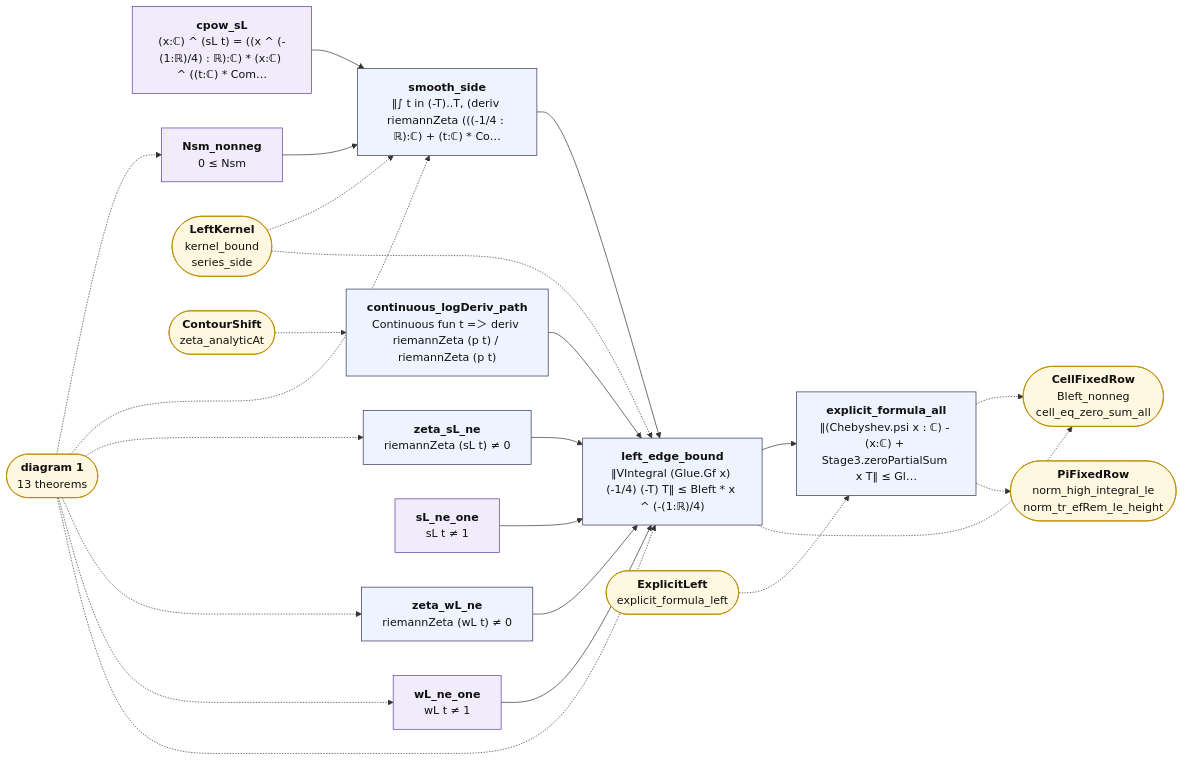
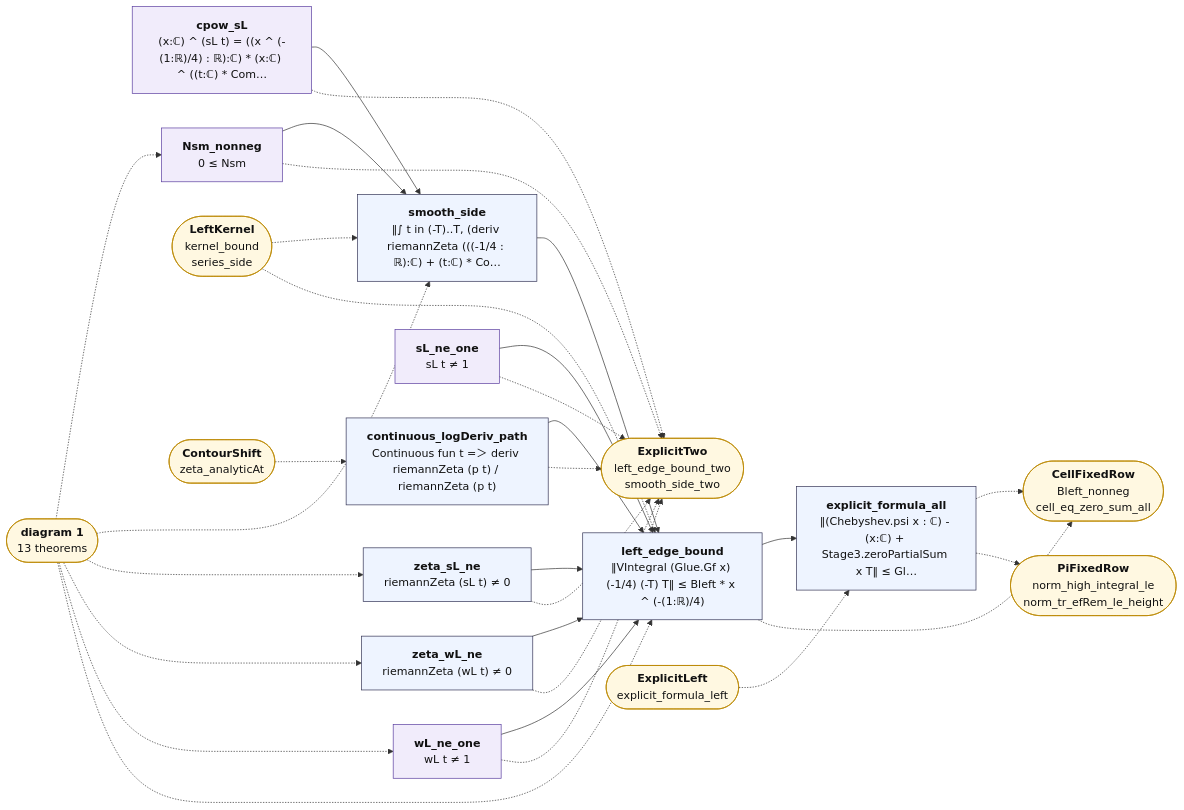
The second of 2 diagrams in map/lean_stage3/LeftSmooth.md (juliansambranojr/Primebeat_081426), drawn with Mermaid before and after one commit. The commit also changed other lines of this file and 43 other files, not shown here.

First line of the commit message:
Block G2: the explicit formula at every height from x = 2 (unit 0464)

````diff
--- a/map/lean_stage3/LeftSmooth.md
+++ b/map/lean_stage3/LeftSmooth.md
@@ -118,49 +131,57 @@
 ```mermaid
 flowchart LR
   n0["<b>cpow_sL</b><br/>(x:ℂ) ^ (sL t) = ((x ^ (-(1:ℝ)/4) : ℝ):ℂ) * (x:ℂ) ^ ((t:ℂ) * Com…"]:::shp
   n1["<b>Nsm_nonneg</b><br/>0 ≤ Nsm"]:::shp
   n2["<b>smooth_side</b><br/>‖∫ t in (-T)..T, (deriv riemannZeta (((-1/4 : ℝ):ℂ) + (t:ℂ) * Co…"]:::thm
   n3["<b>continuous_logDeriv_path</b><br/>Continuous fun t =＞ deriv riemannZeta (p t) / riemannZeta (p t)"]:::thm
   n4["<b>zeta_sL_ne</b><br/>riemannZeta (sL t) ≠ 0"]:::thm
   n5["<b>zeta_wL_ne</b><br/>riemannZeta (wL t) ≠ 0"]:::thm
   n6["<b>sL_ne_one</b><br/>sL t ≠ 1"]:::shp
   n7["<b>wL_ne_one</b><br/>wL t ≠ 1"]:::shp
   n8["<b>left_edge_bound</b><br/>‖VIntegral (Glue.Gf x) (-1/4) (-T) T‖ ≤ Bleft * x ^ (-(1:ℝ)/4)"]:::thm
   n9["<b>explicit_formula_all</b><br/>‖(Chebyshev.psi x : ℂ) - (x:ℂ) + Stage3.zeroPartialSum x T‖ ≤ Gl…"]:::thm
-  x0(["<b>diagram 1</b><br/>13 theorems"]):::ext
-  x1(["<b>LeftKernel</b><br/>kernel_bound<br/>series_side"]):::ext
-  x2(["<b>ContourShift</b><br/>zeta_analyticAt"]):::ext
-  x3(["<b>CellFixedRow</b><br/>Bleft_nonneg<br/>cell_eq_zero_sum_all"]):::ext
-  x4(["<b>ExplicitLeft</b><br/>explicit_formula_left"]):::ext
-  x5(["<b>PiFixedRow</b><br/>norm_high_integral_le<br/>norm_tr_efRem_le_height"]):::ext
+  x0(["<b>ExplicitTwo</b><br/>left_edge_bound_two<br/>smooth_side_two"]):::ext
+  x1(["<b>diagram 1</b><br/>13 theorems"]):::ext
+  x2(["<b>LeftKernel</b><br/>kernel_bound<br/>series_side"]):::ext
+  x3(["<b>ContourShift</b><br/>zeta_analyticAt"]):::ext
+  x4(["<b>CellFixedRow</b><br/>Bleft_nonneg<br/>cell_eq_zero_sum_all"]):::ext
+  x5(["<b>ExplicitLeft</b><br/>explicit_formula_left"]):::ext
+  x6(["<b>PiFixedRow</b><br/>norm_high_integral_le<br/>norm_tr_efRem_le_height"]):::ext
   n0 --> n2
   n1 --> n2
   n2 --> n8
   n3 --> n8
   n4 --> n8
   n5 --> n8
   n6 --> n8
   n7 --> n8
   n8 --> n9
-  n8 -.-> x3
-  n9 -.-> x3
-  n9 -.-> x5
-  x0 -.-> n1
-  x0 -.-> n2
-  x0 -.-> n4
-  x0 -.-> n5
-  x0 -.-> n7
-  x0 -.-> n8
+  n0 -.-> x0
+  n1 -.-> x0
+  n3 -.-> x0
+  n4 -.-> x0
+  n5 -.-> x0
+  n6 -.-> x0
+  n7 -.-> x0
+  n8 -.-> x4
+  n9 -.-> x4
+  n9 -.-> x6
+  x1 -.-> n1
   x1 -.-> n2
+  x1 -.-> n4
+  x1 -.-> n5
+  x1 -.-> n7
   x1 -.-> n8
-  x2 -.-> n3
-  x4 -.-> n9
+  x2 -.-> n2
+  x2 -.-> n8
+  x3 -.-> n3
+  x5 -.-> n9
   classDef cnt fill:#dff5ec,stroke:#17694a,color:#111
   classDef shp fill:#f1ecfb,stroke:#5b3fa0,color:#111
   classDef rh fill:#ffe5e5,stroke:#c22,color:#111,stroke-width:2px
   classDef thm fill:#eef4ff,stroke:#335,color:#111
   classDef end_ fill:#e7f7e7,stroke:#2a7,color:#111,stroke-width:2px
   classDef lone fill:#fff,stroke:#999,color:#111,stroke-dasharray:4 3
   classDef bad fill:#ffe5e5,stroke:#c22,color:#111,stroke-width:2px
   classDef ext fill:#fff8e1,stroke:#b80,color:#111
 ```
````
